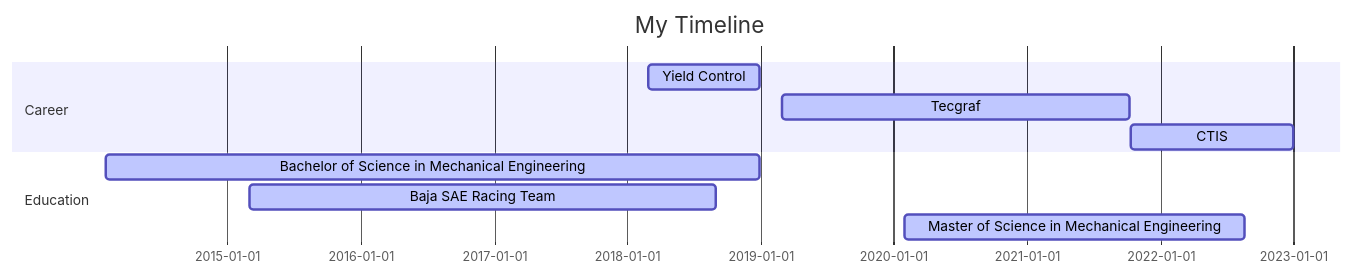
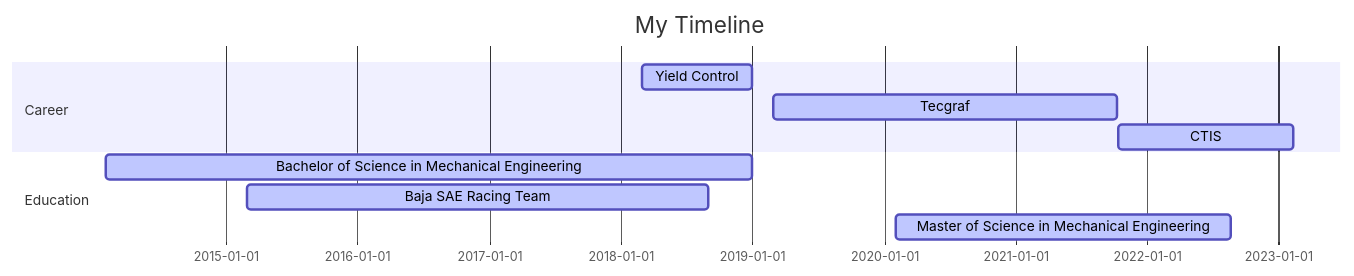
Before and after one commit to matheus-hoffmann/matheus-hoffmann: the diagram in README.md, drawn with Mermaid.

````diff
--- a/README.md
+++ b/README.md
@@ -4,13 +4,13 @@
 ```mermaid
 gantt
 dateFormat  YYYY-MM-DD
 title My Timeline
 section Career
 Yield Control :active,, 2018-03-01,2018-12-31
 Tecgraf       :active,, 2019-03-01,2021-10-08
-CTIS          :active,, 2021-10-13,2023-01-01
+CTIS          :active,, 2021-10-13,2023-02-10
 section Education
 Bachelor of Science in Mechanical Engineering :active,, 2014-02-01,2018-12-31
 Baja SAE Racing Team :active,, 2015-03-01,2018-09-01
 Master of Science in Mechanical Engineering :active,, 2020-02-01,2022-08-19
 ```
````
